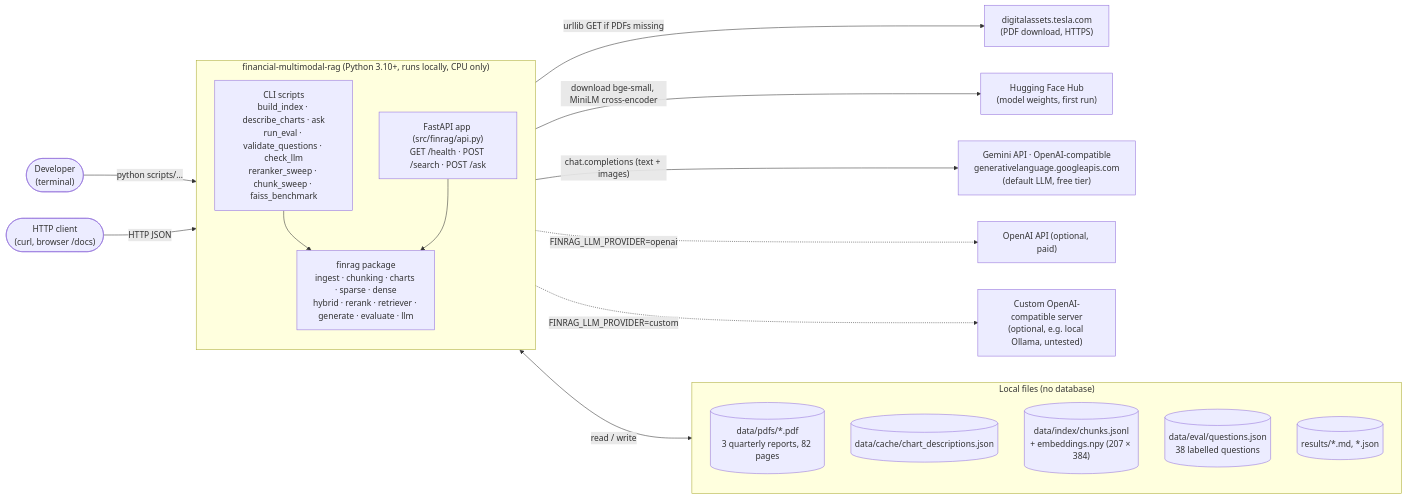
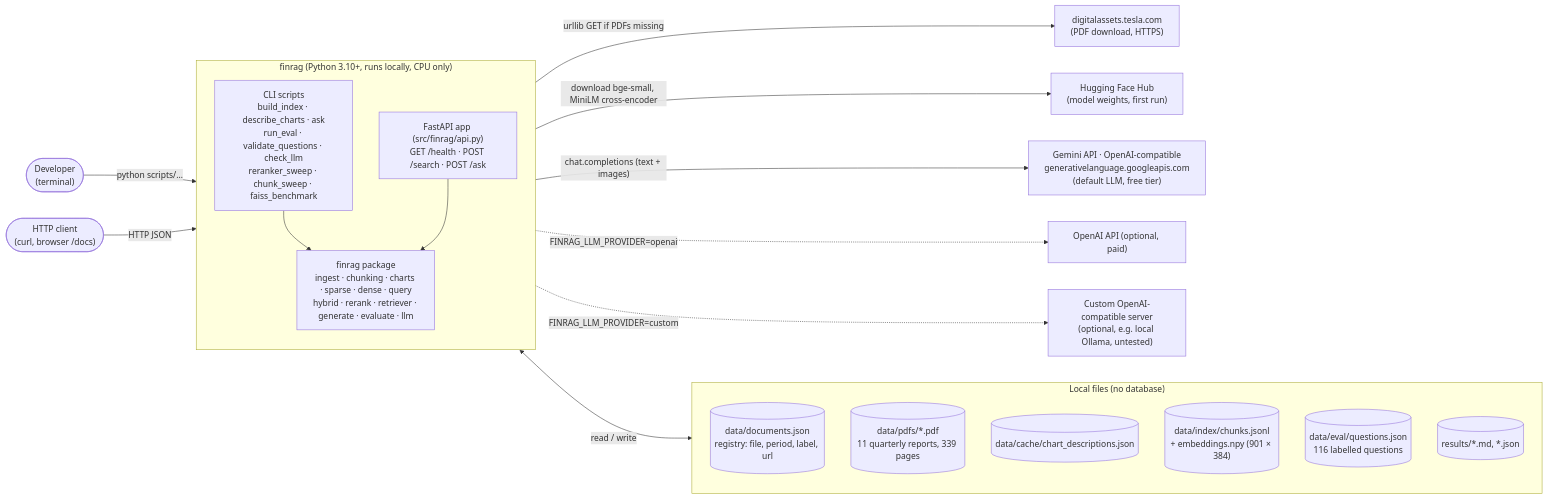
Before and after one commit to KSJanjua/finrag: the diagram in docs/architecture/01-system-context.mmd, drawn with Mermaid. The commit also changed 25 other files, not shown here.

First line of the commit message:
Query parser, per-period search and token-based table splits

```diff
--- a/docs/architecture/01-system-context.mmd
+++ b/docs/architecture/01-system-context.mmd
@@ -1,38 +1,39 @@
 %% 01 · System context: who uses the system, what it stores, which external services it calls.
 %% Source of truth: scripts/*.py, src/finrag/api.py, src/finrag/llm.py, src/finrag/config.py
 flowchart LR
     dev(["Developer<br/>(terminal)"])
     client(["HTTP client<br/>(curl, browser /docs)"])
 
-    subgraph app["financial-multimodal-rag (Python 3.10+, runs locally, CPU only)"]
+    subgraph app["finrag (Python 3.10+, runs locally, CPU only)"]
         direction TB
         cli["CLI scripts<br/>build_index · describe_charts · ask<br/>run_eval · validate_questions · check_llm<br/>reranker_sweep · chunk_sweep · faiss_benchmark"]
         api["FastAPI app (src/finrag/api.py)<br/>GET /health · POST /search · POST /ask"]
-        core["finrag package<br/>ingest · chunking · charts · sparse · dense<br/>hybrid · rerank · retriever · generate · evaluate · llm"]
+        core["finrag package<br/>ingest · chunking · charts · sparse · dense · query<br/>hybrid · rerank · retriever · generate · evaluate · llm"]
         cli --> core
         api --> core
     end
 
     subgraph files["Local files (no database)"]
         direction TB
-        pdfs[("data/pdfs/*.pdf<br/>3 quarterly reports, 82 pages")]
+        reg[("data/documents.json<br/>registry: file, period, label, url")]
+        pdfs[("data/pdfs/*.pdf<br/>11 quarterly reports, 339 pages")]
         cache[("data/cache/chart_descriptions.json")]
-        index[("data/index/chunks.jsonl<br/>+ embeddings.npy (207 × 384)")]
-        evalq[("data/eval/questions.json<br/>38 labelled questions")]
+        index[("data/index/chunks.jsonl<br/>+ embeddings.npy (901 × 384)")]
+        evalq[("data/eval/questions.json<br/>116 labelled questions")]
         results[("results/*.md, *.json")]
     end
 
     tesla["digitalassets.tesla.com<br/>(PDF download, HTTPS)"]
     hf["Hugging Face Hub<br/>(model weights, first run)"]
     gemini["Gemini API · OpenAI-compatible<br/>generativelanguage.googleapis.com<br/>(default LLM, free tier)"]
     openai["OpenAI API (optional, paid)"]
     custom["Custom OpenAI-compatible server<br/>(optional, e.g. local Ollama, untested)"]
 
     dev -- "python scripts/…" --> cli
     client -- "HTTP JSON" --> api
     core <-- "read / write" --> files
     cli -- "urllib GET if PDFs missing" --> tesla
     core -- "download bge-small, MiniLM cross-encoder" --> hf
     core -- "chat.completions (text + images)" --> gemini
     core -. "FINRAG_LLM_PROVIDER=openai" .-> openai
     core -. "FINRAG_LLM_PROVIDER=custom" .-> custom
```
